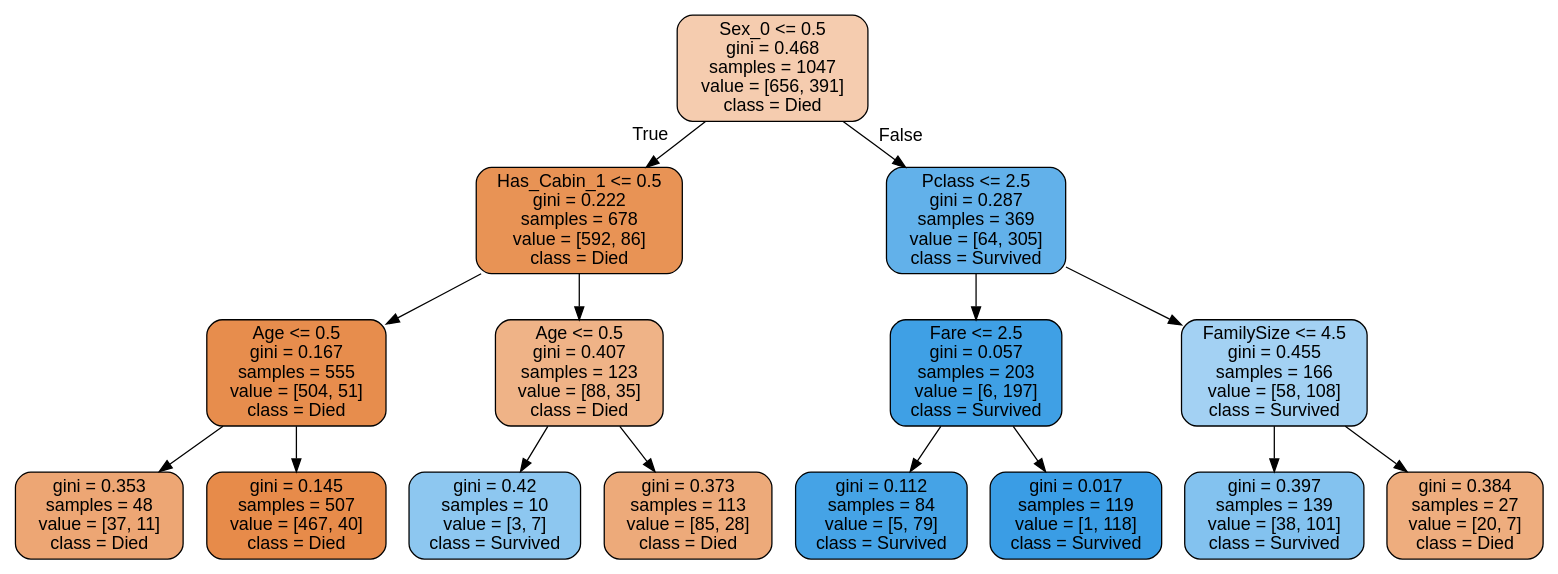
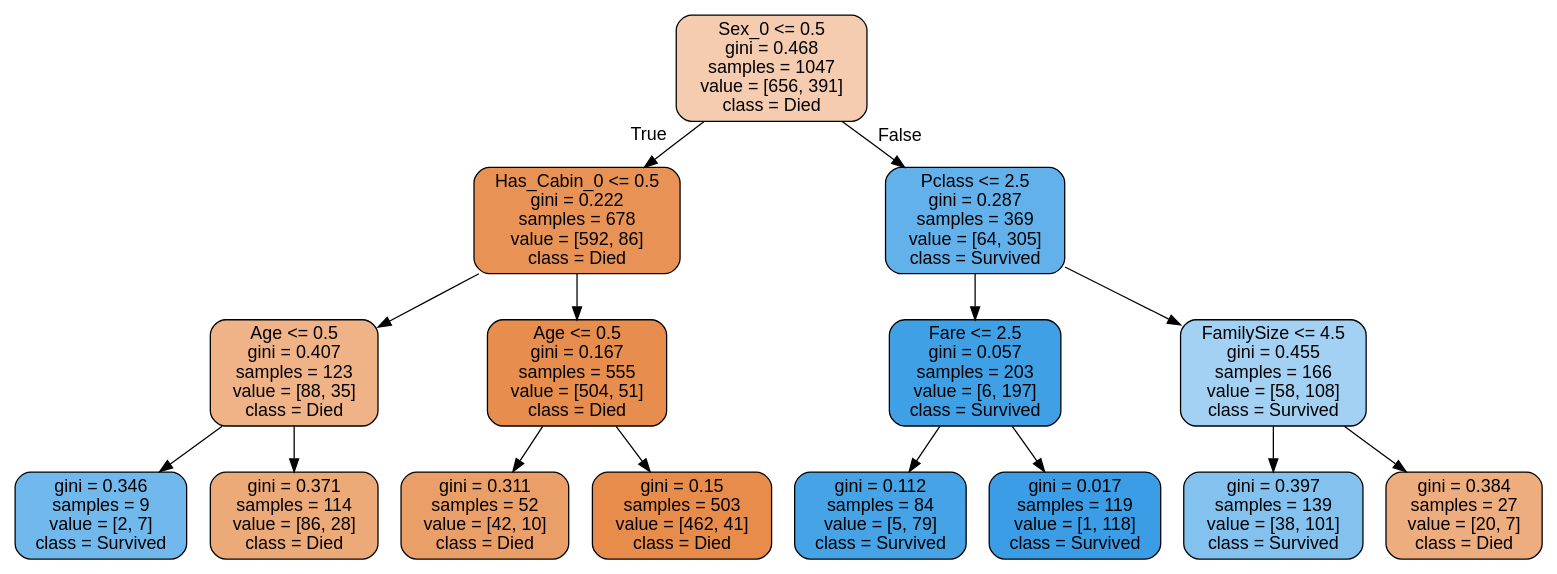
The diagram in titanic/tree1.dot (aruna-h/machine-learning), drawn with Graphviz before and after one commit. The commit also changed 1 other file, not shown here.

```diff
--- a/titanic/tree1.dot
+++ b/titanic/tree1.dot
@@ -1,33 +1,33 @@
 digraph Tree {
 node [shape=box, style="filled, rounded", color="black", fontname=helvetica] ;
 edge [fontname=helvetica] ;
 0 [label="Sex_0 <= 0.5\ngini = 0.468\nsamples = 1047\nvalue = [656, 391]\nclass = Died", fillcolor="#e5813967"] ;
-1 [label="Has_Cabin_1 <= 0.5\ngini = 0.222\nsamples = 678\nvalue = [592, 86]\nclass = Died", fillcolor="#e58139da"] ;
+1 [label="Has_Cabin_0 <= 0.5\ngini = 0.222\nsamples = 678\nvalue = [592, 86]\nclass = Died", fillcolor="#e58139da"] ;
 0 -> 1 [labeldistance=2.5, labelangle=45, headlabel="True"] ;
-2 [label="Age <= 0.5\ngini = 0.167\nsamples = 555\nvalue = [504, 51]\nclass = Died", fillcolor="#e58139e5"] ;
+2 [label="Age <= 0.5\ngini = 0.407\nsamples = 123\nvalue = [88, 35]\nclass = Died", fillcolor="#e581399a"] ;
 1 -> 2 ;
-3 [label="gini = 0.353\nsamples = 48\nvalue = [37, 11]\nclass = Died", fillcolor="#e58139b3"] ;
+3 [label="gini = 0.346\nsamples = 9\nvalue = [2, 7]\nclass = Survived", fillcolor="#399de5b6"] ;
 2 -> 3 ;
-4 [label="gini = 0.145\nsamples = 507\nvalue = [467, 40]\nclass = Died", fillcolor="#e58139e9"] ;
+4 [label="gini = 0.371\nsamples = 114\nvalue = [86, 28]\nclass = Died", fillcolor="#e58139ac"] ;
 2 -> 4 ;
-5 [label="Age <= 0.5\ngini = 0.407\nsamples = 123\nvalue = [88, 35]\nclass = Died", fillcolor="#e581399a"] ;
+5 [label="Age <= 0.5\ngini = 0.167\nsamples = 555\nvalue = [504, 51]\nclass = Died", fillcolor="#e58139e5"] ;
 1 -> 5 ;
-6 [label="gini = 0.42\nsamples = 10\nvalue = [3, 7]\nclass = Survived", fillcolor="#399de592"] ;
+6 [label="gini = 0.311\nsamples = 52\nvalue = [42, 10]\nclass = Died", fillcolor="#e58139c2"] ;
 5 -> 6 ;
-7 [label="gini = 0.373\nsamples = 113\nvalue = [85, 28]\nclass = Died", fillcolor="#e58139ab"] ;
+7 [label="gini = 0.15\nsamples = 503\nvalue = [462, 41]\nclass = Died", fillcolor="#e58139e8"] ;
 5 -> 7 ;
 8 [label="Pclass <= 2.5\ngini = 0.287\nsamples = 369\nvalue = [64, 305]\nclass = Survived", fillcolor="#399de5c9"] ;
 0 -> 8 [labeldistance=2.5, labelangle=-45, headlabel="False"] ;
 9 [label="Fare <= 2.5\ngini = 0.057\nsamples = 203\nvalue = [6, 197]\nclass = Survived", fillcolor="#399de5f7"] ;
 8 -> 9 ;
 10 [label="gini = 0.112\nsamples = 84\nvalue = [5, 79]\nclass = Survived", fillcolor="#399de5ef"] ;
 9 -> 10 ;
 11 [label="gini = 0.017\nsamples = 119\nvalue = [1, 118]\nclass = Survived", fillcolor="#399de5fd"] ;
 9 -> 11 ;
 12 [label="FamilySize <= 4.5\ngini = 0.455\nsamples = 166\nvalue = [58, 108]\nclass = Survived", fillcolor="#399de576"] ;
 8 -> 12 ;
 13 [label="gini = 0.397\nsamples = 139\nvalue = [38, 101]\nclass = Survived", fillcolor="#399de59f"] ;
 12 -> 13 ;
 14 [label="gini = 0.384\nsamples = 27\nvalue = [20, 7]\nclass = Died", fillcolor="#e58139a6"] ;
 12 -> 14 ;
 }
```
